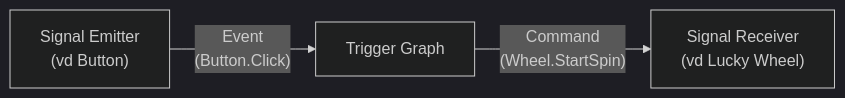
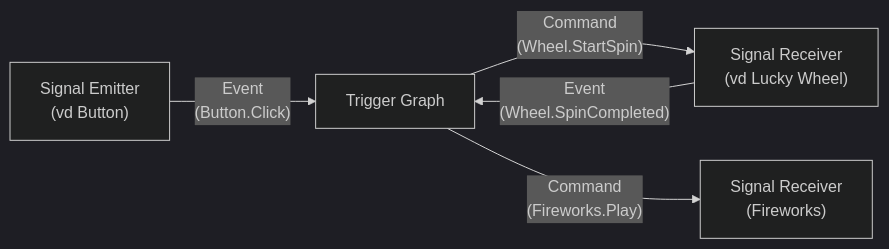
The first of 2 diagrams in docs/graph.md (nhatquang-nguyen-129/display_lucky_draw), drawn with Mermaid (dark theme) before and after one commit. The commit also changed other lines of this file and 24 other files, not shown here.

First line of the commit message:
Build out the Trigger Graph: Signal Emitter/Receiver model and action components

````diff
--- a/docs/graph.md
+++ b/docs/graph.md
@@ -23,5 +37,7 @@
 ```mermaid
 graph LR
   A["Signal Emitter<br/>(vd Button)"] -->|"Event<br/>(Button.Click)"| B[Trigger Graph]
   B -->|"Command<br/>(Wheel.StartSpin)"| C["Signal Receiver<br/>(vd Lucky Wheel)"]
+  C -->|"Event<br/>(Wheel.SpinCompleted)"| B
+  B -->|"Command<br/>(Fireworks.Play)"| D["Signal Receiver<br/>(Fireworks)"]
 ```
````
